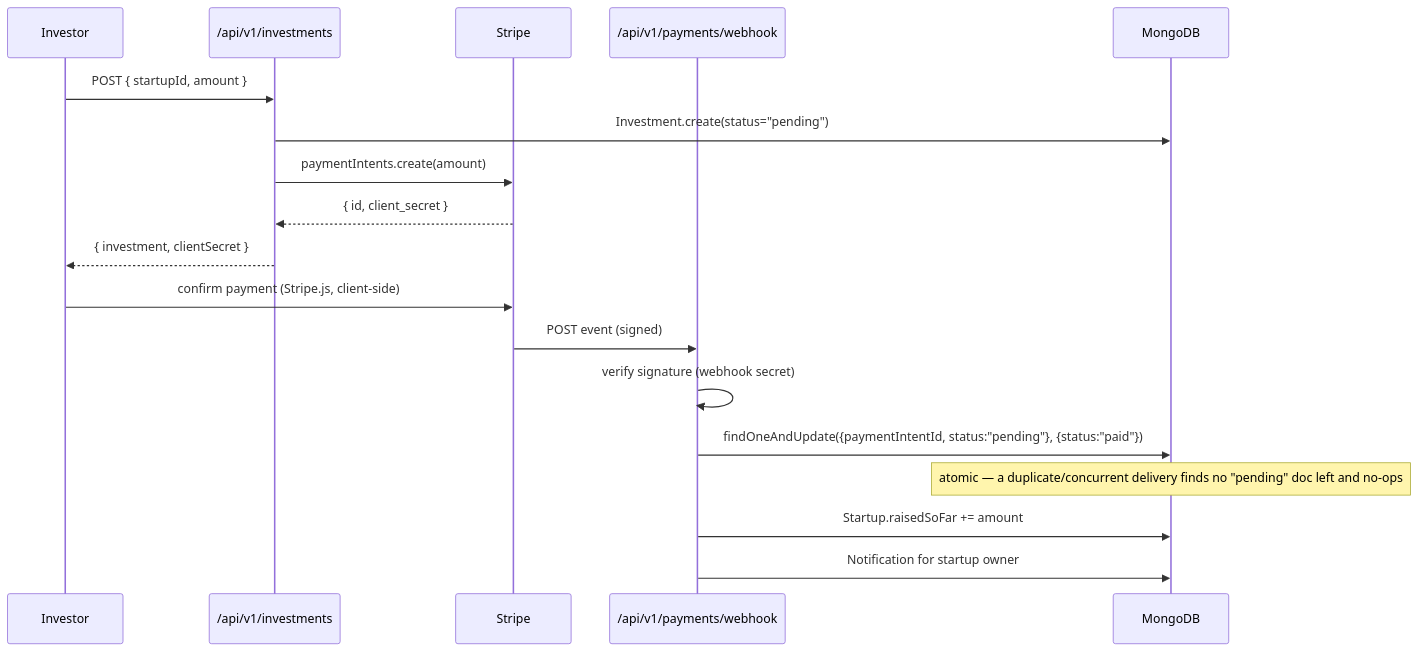
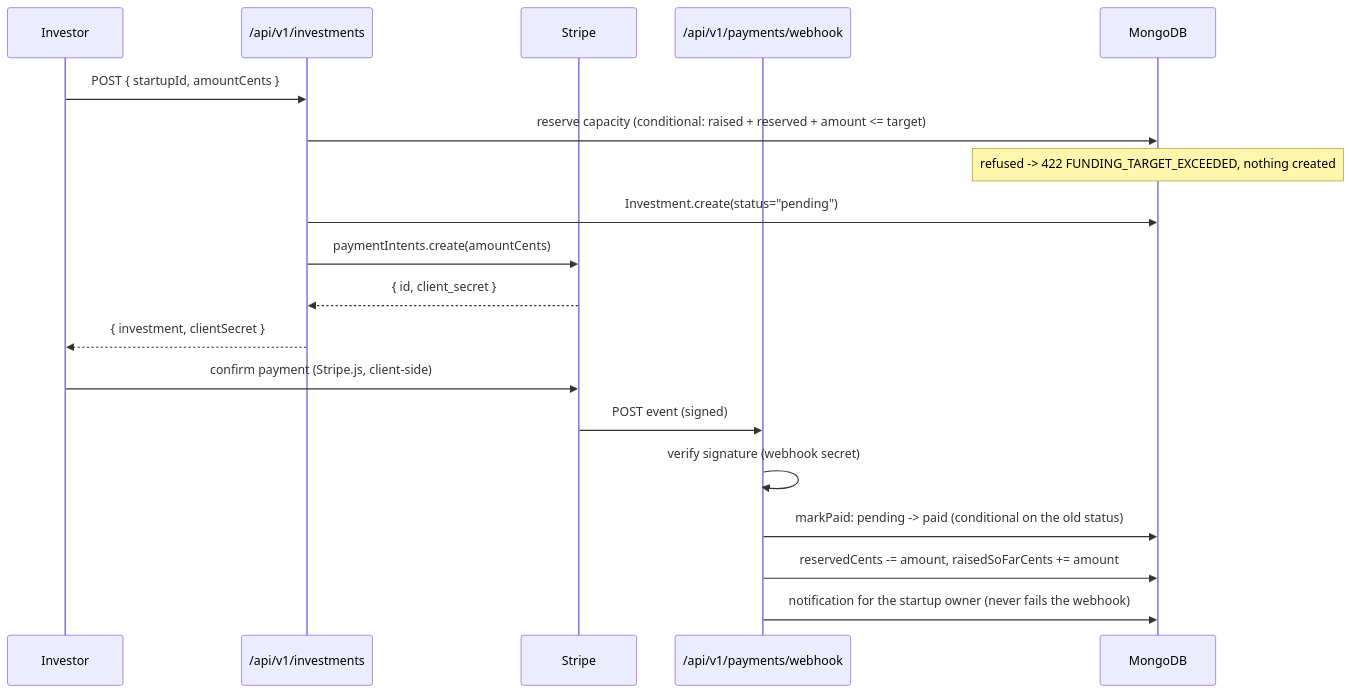
The fourth of 4 diagrams in docs/ARCHITECTURE.md (mohatab/recruitment-investment-api), drawn with Mermaid before and after one commit. The commit also changed other lines of this file and 23 other files, not shown here.

````diff
--- a/docs/ARCHITECTURE.md
+++ b/docs/ARCHITECTURE.md
@@ -169,22 +169,23 @@
 ```mermaid
 sequenceDiagram
     participant Investor
     participant API as /api/v1/investments
     participant Stripe
     participant Webhook as /api/v1/payments/webhook
     participant DB as MongoDB
 
-    Investor->>API: POST { startupId, amount }
+    Investor->>API: POST { startupId, amountCents }
+    API->>DB: reserve capacity (conditional: raised + reserved + amount <= target)
+    Note over DB: refused -> 422 FUNDING_TARGET_EXCEEDED, nothing created
     API->>DB: Investment.create(status="pending")
-    API->>Stripe: paymentIntents.create(amount)
+    API->>Stripe: paymentIntents.create(amountCents)
     Stripe-->>API: { id, client_secret }
     API-->>Investor: { investment, clientSecret }
     Investor->>Stripe: confirm payment (Stripe.js, client-side)
 
     Stripe->>Webhook: POST event (signed)
     Webhook->>Webhook: verify signature (webhook secret)
-    Webhook->>DB: findOneAndUpdate({paymentIntentId, status:"pending"}, {status:"paid"})
-    Note over DB: atomic — a duplicate/concurrent delivery finds no "pending" doc left and no-ops
-    Webhook->>DB: Startup.raisedSoFar += amount
-    Webhook->>DB: Notification for startup owner
+    Webhook->>DB: markPaid: pending -> paid (conditional on the old status)
+    Webhook->>DB: reservedCents -= amount, raisedSoFarCents += amount
+    Webhook->>DB: notification for the startup owner (never fails the webhook)
 ```
````
